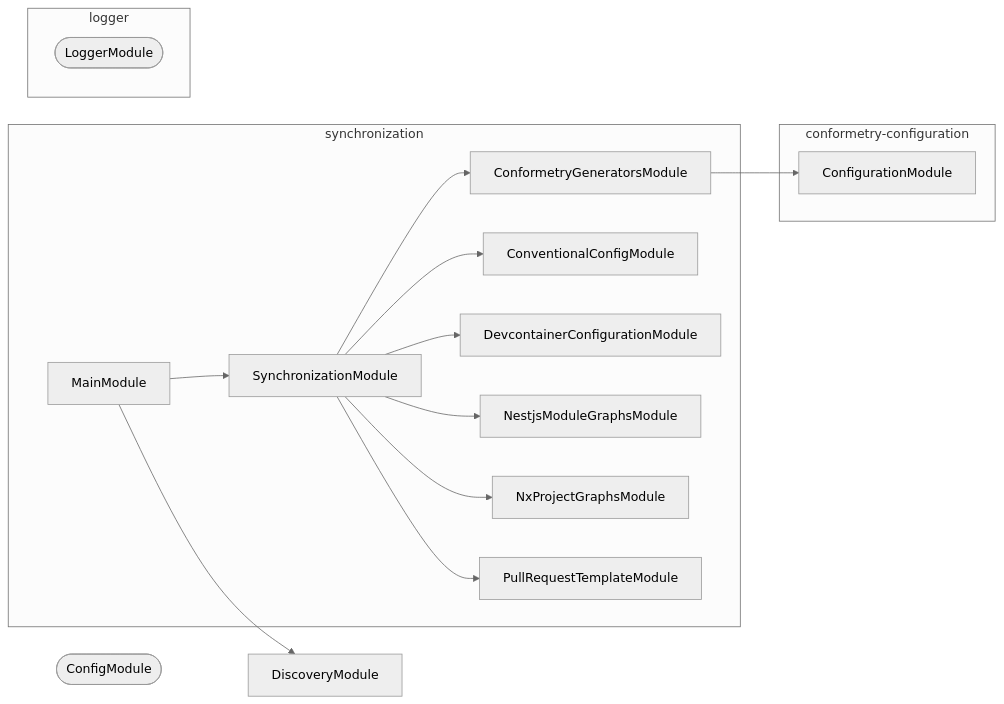
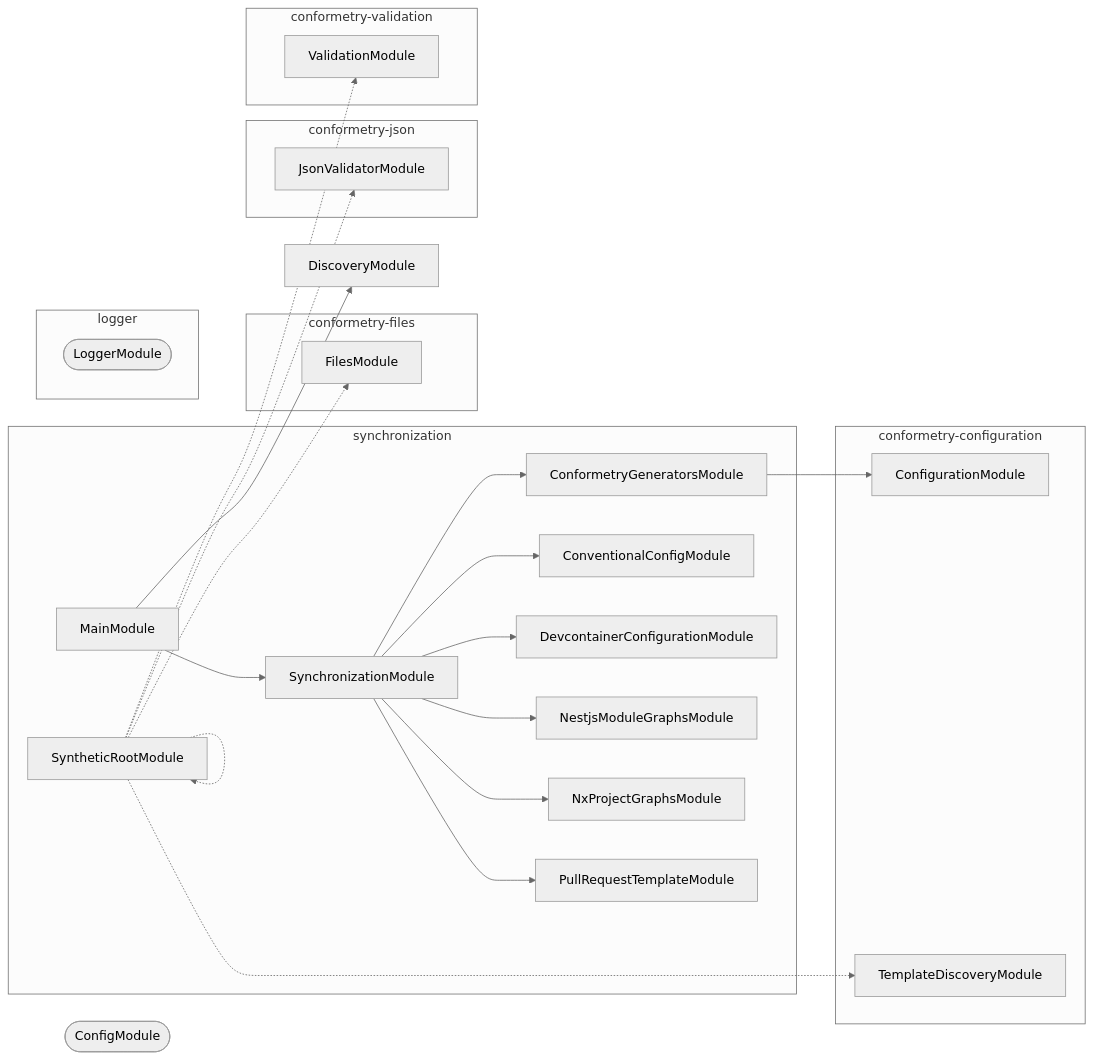
Before and after one commit to JimmyPaolini/codebase: the diagram in tools/synchronization/AGENTS.md, drawn with Mermaid (neutral theme). The commit also changed other lines of this file and 11 other files, not shown here.

````diff
--- a/tools/synchronization/AGENTS.md
+++ b/tools/synchronization/AGENTS.md
@@ -83,30 +83,46 @@
 ```mermaid
 flowchart LR
   subgraph group0["synchronization"]
     ConformetryGeneratorsModule
     ConventionalConfigModule
     DevcontainerConfigurationModule
     MainModule
     NestjsModuleGraphsModule
     NxProjectGraphsModule
     PullRequestTemplateModule
     SynchronizationModule
+    SyntheticRootModule
   end
   subgraph group1["conformetry-configuration"]
     ConfigurationModule
+    TemplateDiscoveryModule
   end
-  subgraph group2["logger"]
+  subgraph group2["conformetry-files"]
+    FilesModule
+  end
+  subgraph group3["conformetry-json"]
+    JsonValidatorModule
+  end
+  subgraph group4["conformetry-validation"]
+    ValidationModule
+  end
+  subgraph group5["logger"]
     LoggerModule([LoggerModule])
   end
   ConfigModule([ConfigModule])
   DiscoveryModule
   ConformetryGeneratorsModule --> ConfigurationModule
   MainModule --> DiscoveryModule
   MainModule --> SynchronizationModule
   SynchronizationModule --> ConformetryGeneratorsModule
   SynchronizationModule --> ConventionalConfigModule
   SynchronizationModule --> DevcontainerConfigurationModule
   SynchronizationModule --> NestjsModuleGraphsModule
   SynchronizationModule --> NxProjectGraphsModule
   SynchronizationModule --> PullRequestTemplateModule
+  SyntheticRootModule -.-> FilesModule
+  SyntheticRootModule -.-> JsonValidatorModule
+  SyntheticRootModule -.-> SyntheticRootModule
+  SyntheticRootModule -.-> TemplateDiscoveryModule
+  SyntheticRootModule -.-> ValidationModule
 ```
````
